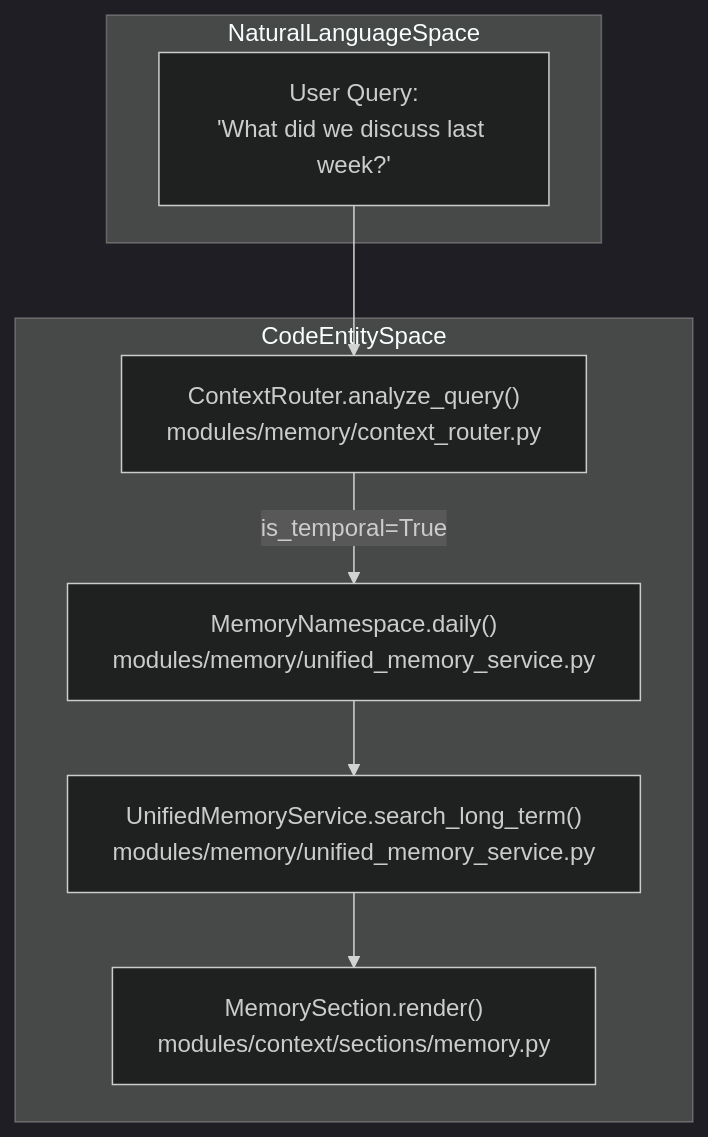
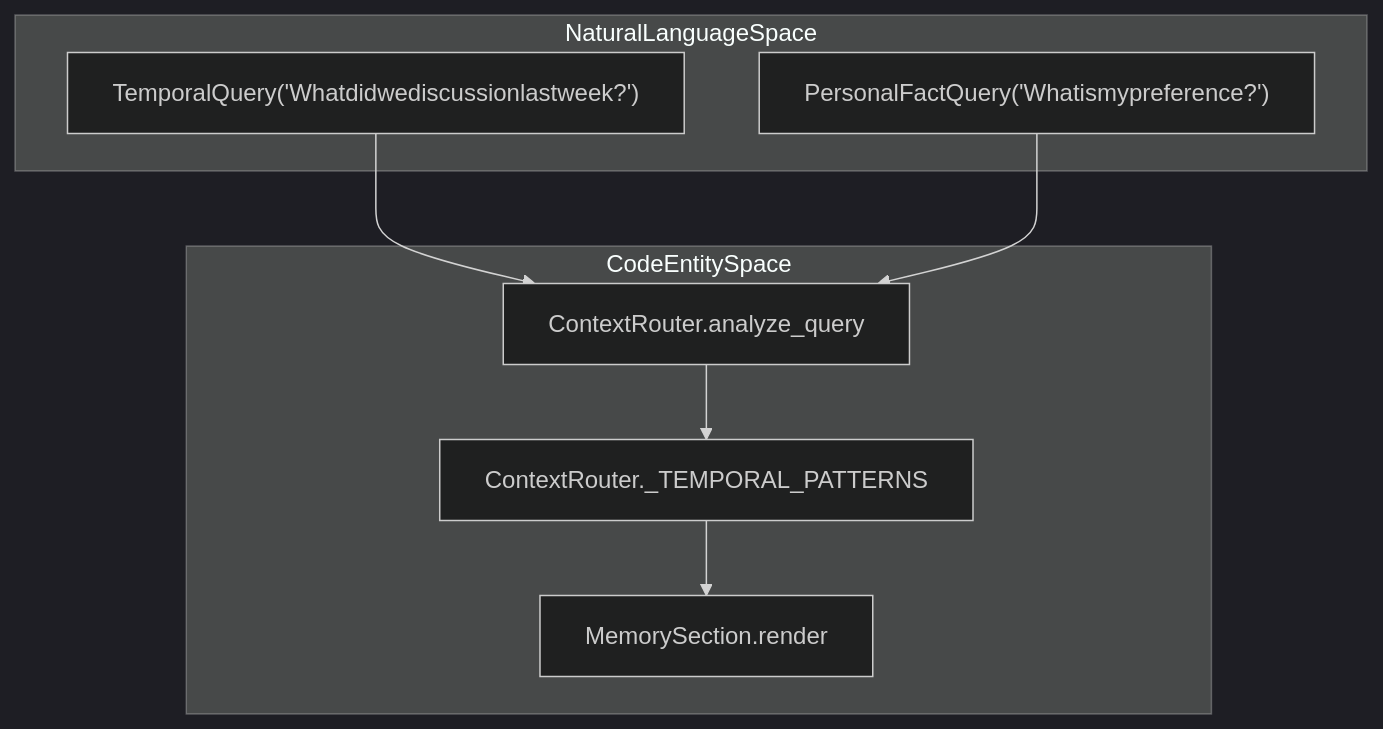
The second of 4 diagrams in docs/memory-system/daily-logs-temporal-memory.md (AutomatosAI/automatos-ai), drawn with Mermaid (dark theme) before and after one commit. The commit also changed other lines of this file and 188 other files, not shown here.

First line of the commit message:
docs: refresh architecture docs and add coverage for new subsystems (#1416)

````diff
--- a/docs/memory-system/daily-logs-temporal-memory.md
+++ b/docs/memory-system/daily-logs-temporal-memory.md
@@ -59,18 +78,18 @@
 ```mermaid
 graph TB
     subgraph "NaturalLanguageSpace"
-        NL["User Query:<br/>'What did we discuss last week?'"]
-    end
-    
-    subgraph "CodeEntitySpace"
-        Router["ContextRouter.analyze_query()<br/>modules/memory/context_router.py"]
-        Ns["MemoryNamespace.daily()<br/>modules/memory/unified_memory_service.py"]
-        Fetch["UnifiedMemoryService.search_long_term()<br/>modules/memory/unified_memory_service.py"]
-        Sec["MemorySection.render()<br/>modules/context/sections/memory.py"]
+        NL3["TemporalQuery('Whatdidwediscussionlastweek?')"]
+        NL4["PersonalFactQuery('Whatismypreference?')"]
     end
 
-    NL --> Router
-    Router -->|is_temporal=True| Ns
-    Ns --> Fetch
-    Fetch --> Sec
+    subgraph "CodeEntitySpace"
+        CE4["ContextRouter.analyze_query"]
+        CE5["ContextRouter._TEMPORAL_PATTERNS"]
+        CE6["MemorySection.render"]
+    end
+
+    NL3 --> CE4
+    NL4 --> CE4
+    CE4 --> CE5
+    CE5 --> CE6
 ```
````
